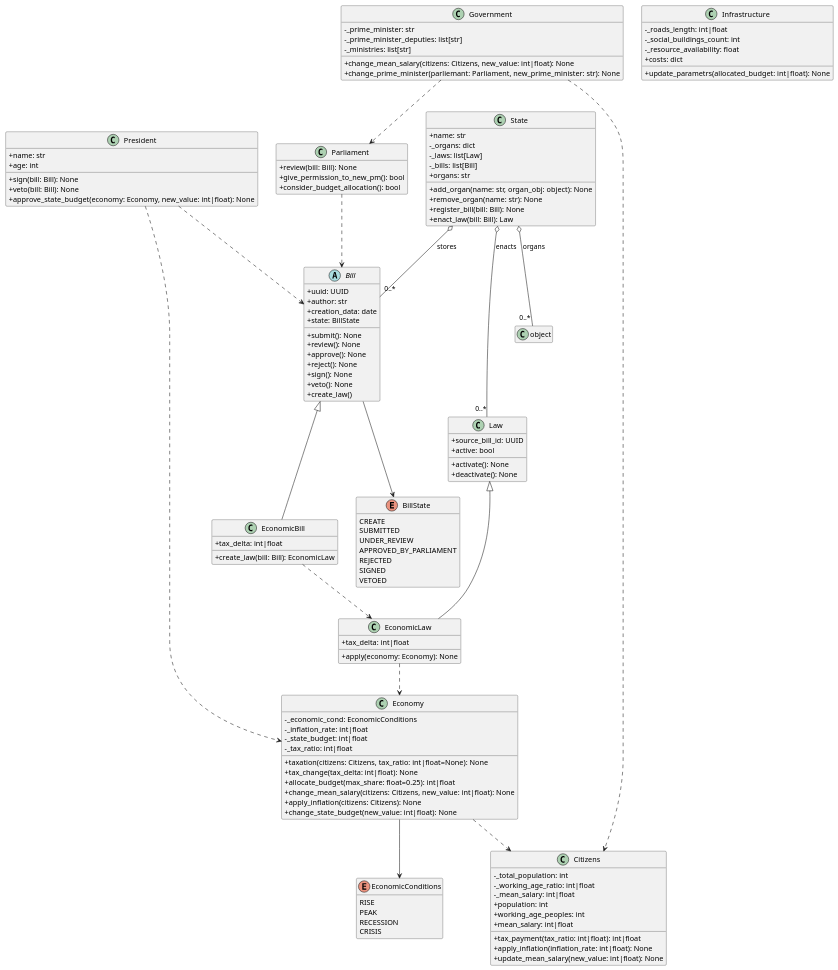
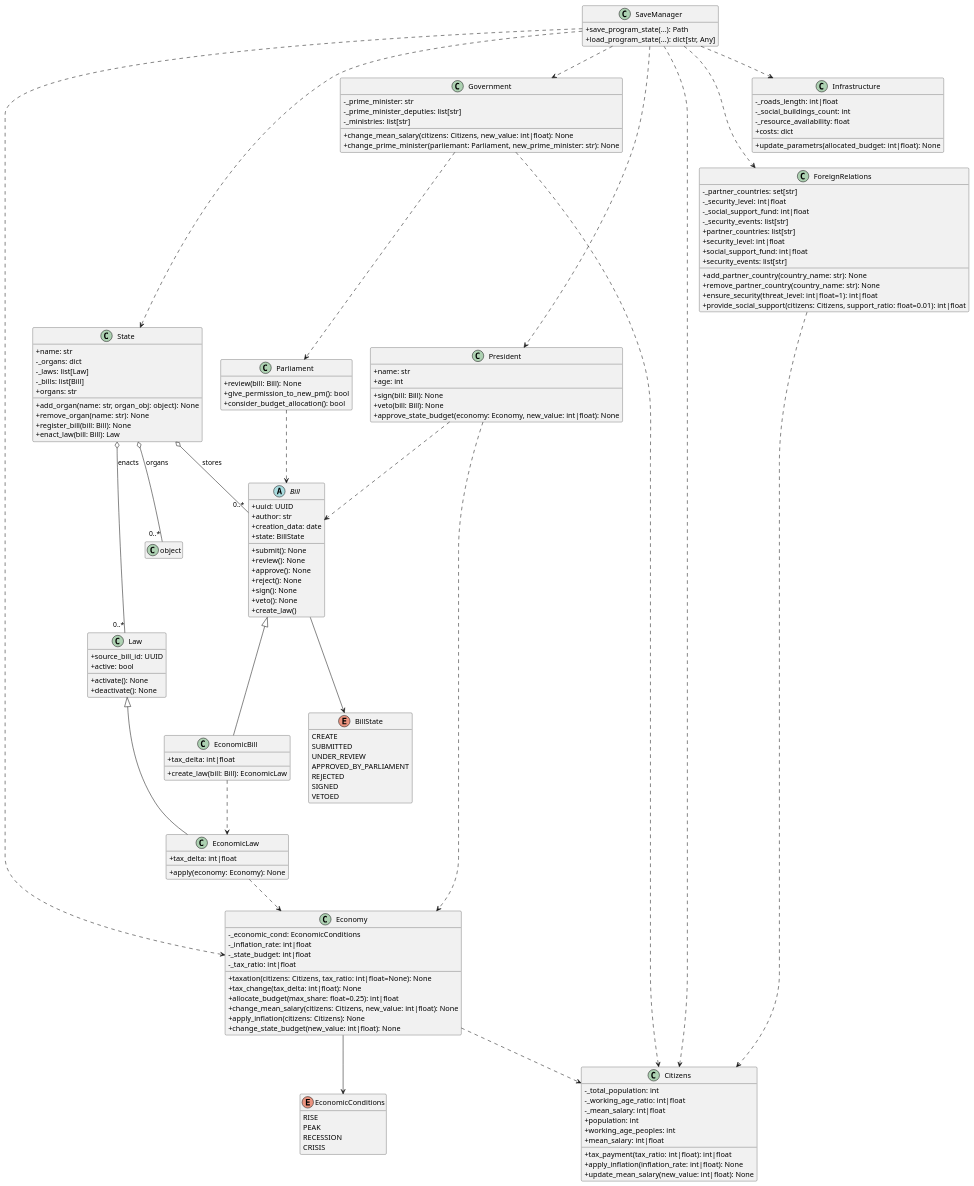
One commit to dekada314/PPOIS changed the diagram in sem2/lab1/Diagrams/final_class_diagram.puml. Above: the diagram before and after it, drawn with PlantUML. The commit also changed 12 other files, not shown here.

Commit message:
feat(core): add foreign relations and save manager

```diff
--- a/sem2/lab1/Diagrams/final_class_diagram.puml
+++ b/sem2/lab1/Diagrams/final_class_diagram.puml
@@ -1,139 +1,167 @@
 @startuml
 skinparam classAttributeIconSize 0
 hide empty members
 
 class State {
   +name: str
   -_organs: dict
   -_laws: list[Law]
   -_bills: list[Bill]
   +organs: str
   +add_organ(name: str, organ_obj: object): None
   +remove_organ(name: str): None
   +register_bill(bill: Bill): None
   +enact_law(bill: Bill): Law
 }
 
 class Citizens {
   -_total_population: int
   -_working_age_ratio: int|float
   -_mean_salary: int|float
   +population: int
   +working_age_peoples: int
   +mean_salary: int|float
   +tax_payment(tax_ratio: int|float): int|float
   +apply_inflation(inflation_rate: int|float): None
   +update_mean_salary(new_value: int|float): None
 }
 
 class Economy {
   -_economic_cond: EconomicConditions
   -_inflation_rate: int|float
   -_state_budget: int|float
   -_tax_ratio: int|float
   +taxation(citizens: Citizens, tax_ratio: int|float=None): None
   +tax_change(tax_delta: int|float): None
   +allocate_budget(max_share: float=0.25): int|float
   +change_mean_salary(citizens: Citizens, new_value: int|float): None
   +apply_inflation(citizens: Citizens): None
   +change_state_budget(new_value: int|float): None
 }
 
 enum EconomicConditions {
   RISE
   PEAK
   RECESSION
   CRISIS
 }
 
 class Infrastructure {
   -_roads_length: int|float
   -_social_buildings_count: int
   -_resource_availability: float
   +costs: dict
   +update_parametrs(allocated_budget: int|float): None
 }
 
 class Government {
   -_prime_minister: str
   -_prime_minister_deputies: list[str]
   -_ministries: list[str]
   +change_mean_salary(citizens: Citizens, new_value: int|float): None
   +change_prime_minister(parliemant: Parliament, new_prime_minister: str): None
+}
+
+class ForeignRelations {
+  -_partner_countries: set[str]
+  -_security_level: int|float
+  -_social_support_fund: int|float
+  -_security_events: list[str]
+  +partner_countries: list[str]
+  +security_level: int|float
+  +social_support_fund: int|float
+  +security_events: list[str]
+  +add_partner_country(country_name: str): None
+  +remove_partner_country(country_name: str): None
+  +ensure_security(threat_level: int|float=1): int|float
+  +provide_social_support(citizens: Citizens, support_ratio: float=0.01): int|float
+}
+
+class SaveManager {
+  +save_program_state(...): Path
+  +load_program_state(...): dict[str, Any]
 }
 
 class Parliament {
   +review(bill: Bill): None
   +give_permission_to_new_pm(): bool
   +consider_budget_allocation(): bool
 }
 
 class President {
   +name: str
   +age: int
   +sign(bill: Bill): None
   +veto(bill: Bill): None
   +approve_state_budget(economy: Economy, new_value: int|float): None
 }
 
 abstract class Bill {
   +uuid: UUID
   +author: str
   +creation_data: date
   +state: BillState
   +submit(): None
   +review(): None
   +approve(): None
   +reject(): None
   +sign(): None
   +veto(): None
   +create_law()
 }
 
 enum BillState {
   CREATE
   SUBMITTED
   UNDER_REVIEW
   APPROVED_BY_PARLIAMENT
   REJECTED
   SIGNED
   VETOED
 }
 
 class EconomicBill {
   +tax_delta: int|float
   +create_law(bill: Bill): EconomicLaw
 }
 
 class Law {
   +source_bill_id: UUID
   +active: bool
   +activate(): None
   +deactivate(): None
 }
 
 class EconomicLaw {
   +tax_delta: int|float
   +apply(economy: Economy): None
 }
 
 Bill <|-- EconomicBill
 Law <|-- EconomicLaw
 
 Bill --> BillState
 Economy --> EconomicConditions
 
 State o-- "0..*" Bill : stores
 State o-- "0..*" Law : enacts
 State o-- "0..*" object : organs
 
 Government ..> Citizens
 Government ..> Parliament
+ForeignRelations ..> Citizens
+SaveManager ..> State
+SaveManager ..> Citizens
+SaveManager ..> Economy
+SaveManager ..> Infrastructure
+SaveManager ..> Government
+SaveManager ..> President
+SaveManager ..> ForeignRelations
 President ..> Bill
 President ..> Economy
 Parliament ..> Bill
 Economy ..> Citizens
 EconomicLaw ..> Economy
 EconomicBill ..> EconomicLaw
 
 @enduml
```
